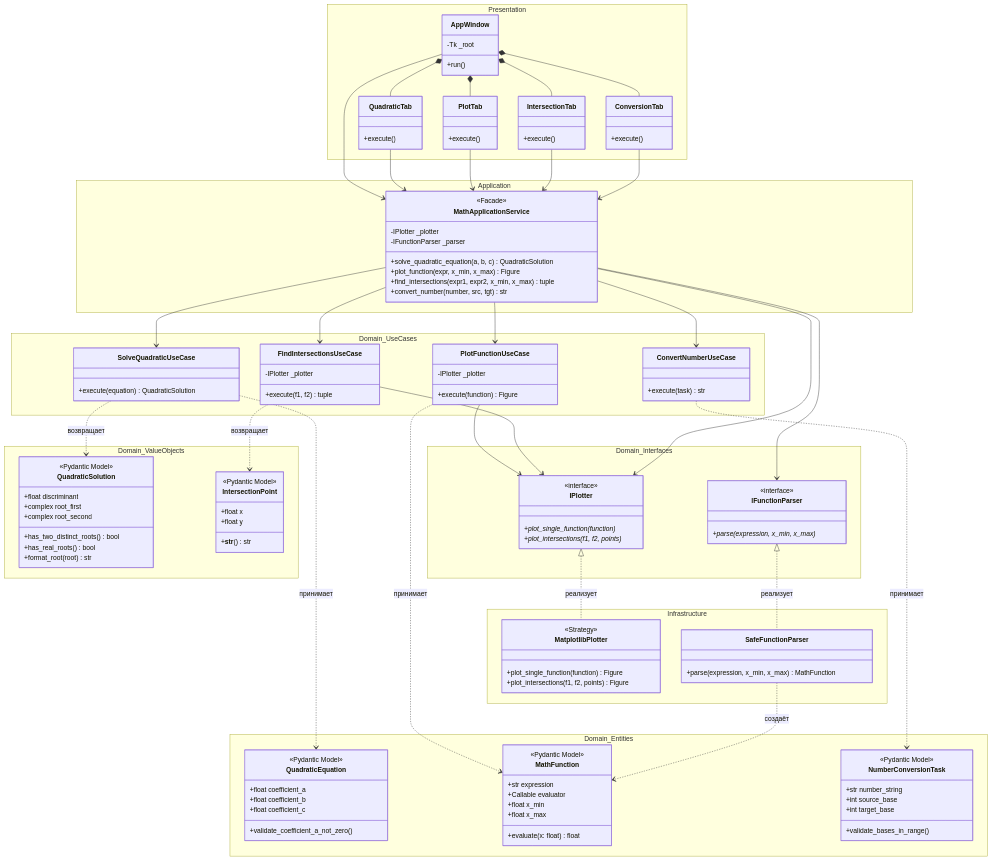
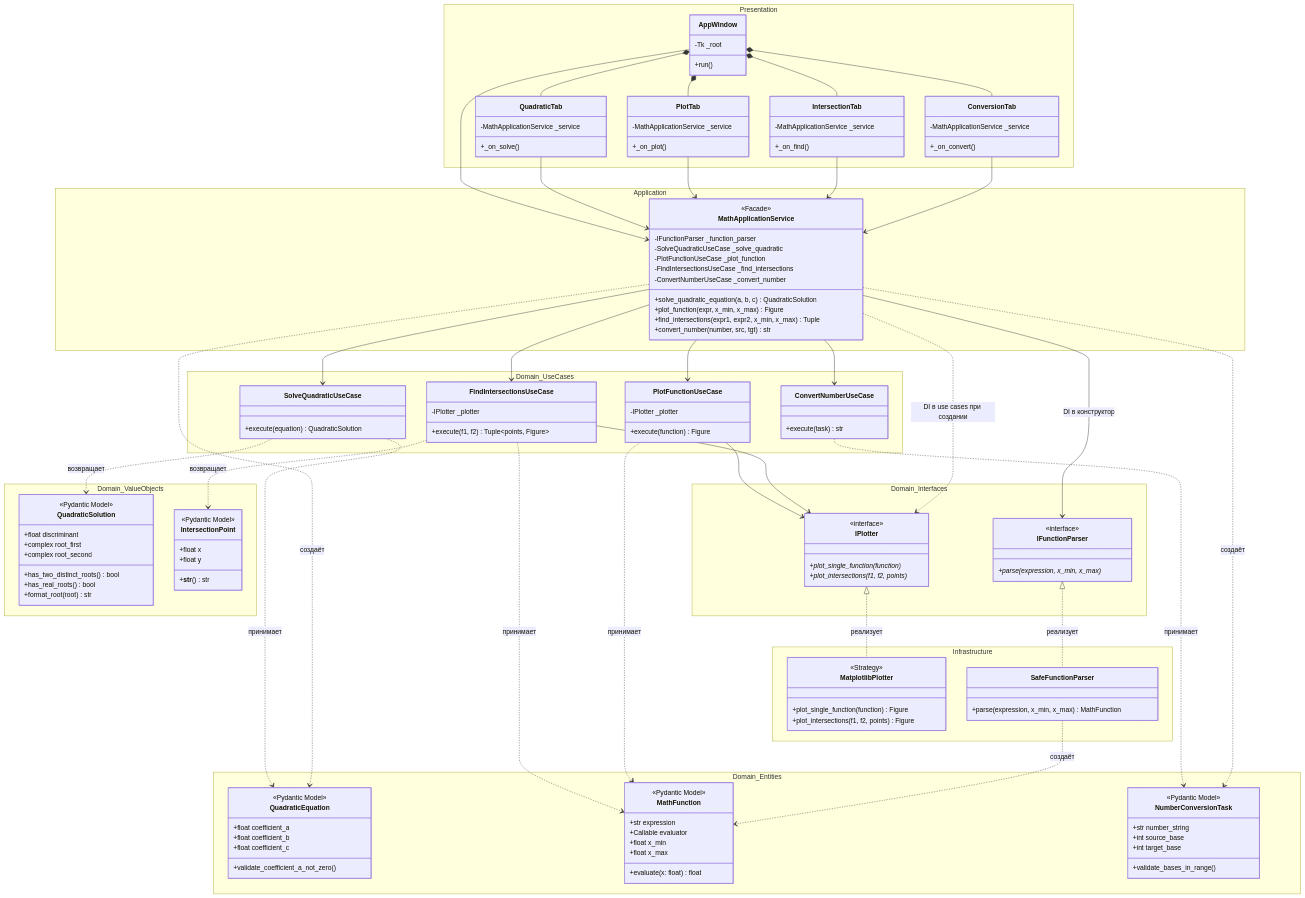
One commit to TetherOne/mathematic changed the diagram in README.md. Above: the diagram before and after it, drawn with Mermaid.

Commit message:
обновлена диаграмма

```diff
--- a/README.md
+++ b/README.md
@@ -79,7 +79,7 @@
 
         class FindIntersectionsUseCase {
             -IPlotter _plotter
-            +execute(f1, f2) tuple
+            +execute(f1, f2) Tuple~points, Figure~
         }
 
         class ConvertNumberUseCase {
@@ -91,11 +91,14 @@
     namespace Application {
         class MathApplicationService {
             <<Facade>>
-            -IPlotter _plotter
-            -IFunctionParser _parser
+            -IFunctionParser _function_parser
+            -SolveQuadraticUseCase _solve_quadratic
+            -PlotFunctionUseCase _plot_function
+            -FindIntersectionsUseCase _find_intersections
+            -ConvertNumberUseCase _convert_number
             +solve_quadratic_equation(a, b, c) QuadraticSolution
             +plot_function(expr, x_min, x_max) Figure
-            +find_intersections(expr1, expr2, x_min, x_max) tuple
+            +find_intersections(expr1, expr2, x_min, x_max) Tuple
             +convert_number(number, src, tgt) str
         }
     }
@@ -121,19 +124,23 @@
         }
 
         class QuadraticTab {
-            +execute()
+            -MathApplicationService _service
+            +_on_solve()
         }
 
         class PlotTab {
-            +execute()
+            -MathApplicationService _service
+            +_on_plot()
         }
 
         class IntersectionTab {
-            +execute()
+            -MathApplicationService _service
+            +_on_find()
         }
 
         class ConversionTab {
-            +execute()
+            -MathApplicationService _service
+            +_on_convert()
         }
     }
 
@@ -150,16 +157,19 @@
     MathApplicationService --> PlotFunctionUseCase
     MathApplicationService --> FindIntersectionsUseCase
     MathApplicationService --> ConvertNumberUseCase
-    MathApplicationService --> IPlotter
-    MathApplicationService --> IFunctionParser
+    MathApplicationService --> IFunctionParser : DI в конструктор
+    MathApplicationService ..> IPlotter : DI в use cases при создании
 
     %% ─── Use cases работают с доменными объектами ───────────────
     SolveQuadraticUseCase ..> QuadraticEquation : принимает
     SolveQuadraticUseCase ..> QuadraticSolution : возвращает
+    FindIntersectionsUseCase ..> MathFunction : принимает
     FindIntersectionsUseCase ..> IntersectionPoint : возвращает
     ConvertNumberUseCase ..> NumberConversionTask : принимает
     PlotFunctionUseCase ..> MathFunction : принимает
     SafeFunctionParser ..> MathFunction : создаёт
+    MathApplicationService ..> QuadraticEquation : создаёт
+    MathApplicationService ..> NumberConversionTask : создаёт
 
     %% ─── GUI использует сервис ──────────────────────────────────
     AppWindow --> MathApplicationService
```
